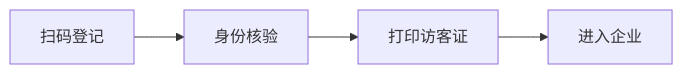
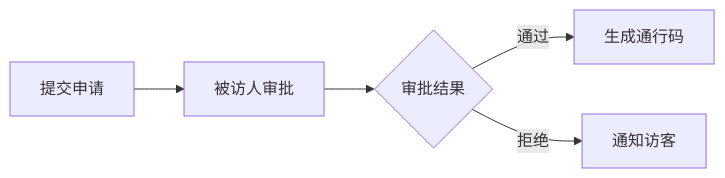
One commit to yuhaibao39/n8ndeploy changed the second of 2 diagrams in devel/requirement.md. Above: the diagram before and after it, drawn with Mermaid. The commit also changed other lines of this file, not shown here.

````diff
--- a/devel/requirement.md
+++ b/devel/requirement.md
@@ -40,6 +38,7 @@
 ```mermaid
 graph LR
-    A[扫码登记] --> B[身份核验]
-    B --> C[打印访客证]
-    C --> D[进入企业]
+    A[提交申请] --> B[被访人审批]
+    B --> C{审批结果}
+    C -->|通过| D[生成通行码]
+    C -->|拒绝| E[通知访客]
 ```
````
